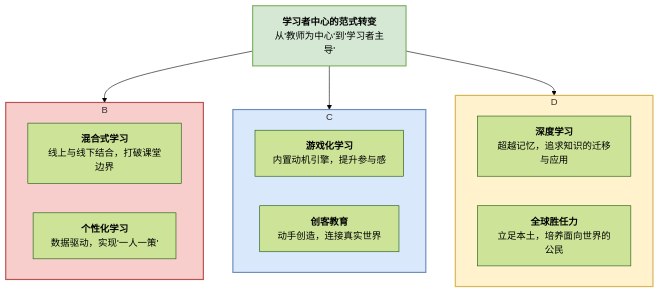
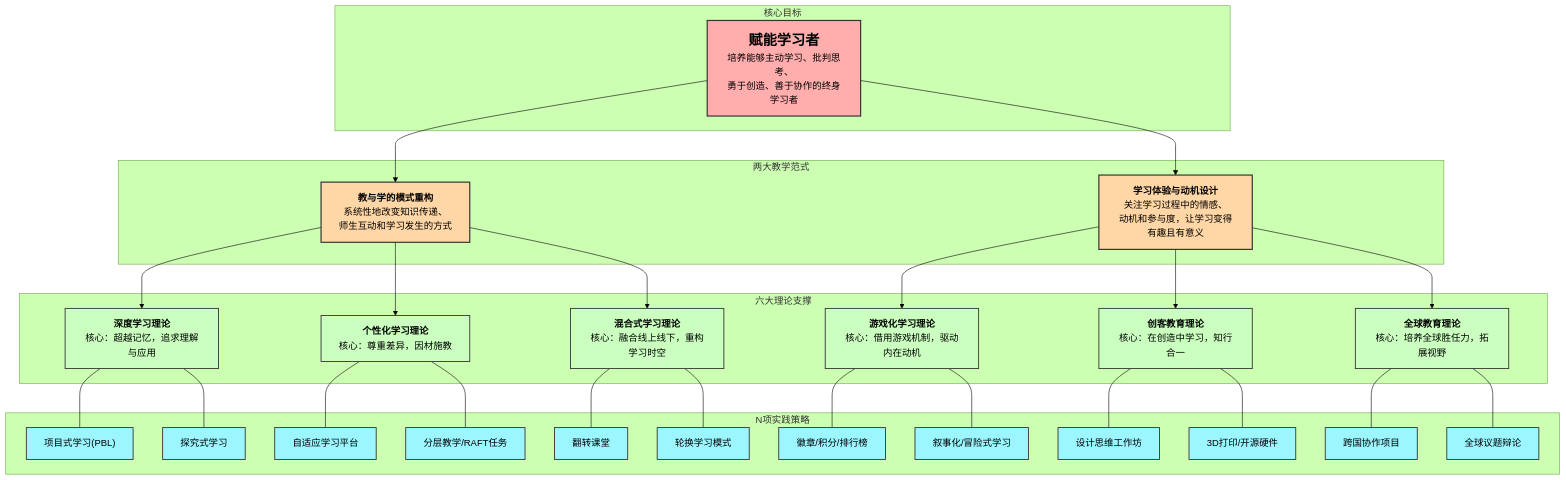
The diagram in 01-教育哲学与理论基础/01-06-创新教育学理论-知识图谱.md (adaliu888/PrimarySecondaryEducatio), drawn with Mermaid (forest theme) before and after one commit. The commit also changed other lines of this file and 61 other files, not shown here.

````diff
--- a/01-教育哲学与理论基础/01-06-创新教育学理论-知识图谱.md
+++ b/01-教育哲学与理论基础/01-06-创新教育学理论-知识图谱.md
@@ -15,26 +7,66 @@
 ```mermaid
 graph TD
-    A["<strong>学习者中心的范式转变</strong><br>从'教师为中心'到'学习者主导'"] --> B{"教学模式重构<br>(时空变革)"};
-    A --> C{"学习体验设计<br>(感受变革)"};
-    A --> D{"核心目标升级<br>(终点变革)"};
-
-    subgraph B
-        B1["<strong>混合式学习</strong><br>线上与线下结合，打破课堂边界"];
-        B2["<strong>个性化学习</strong><br>数据驱动，实现'一人一策'"];
+    subgraph CoreGoal [核心目标]
+        A["<font size=5><b>赋能学习者</b></font><br/>培养能够主动学习、批判思考、<br/>勇于创造、善于协作的终身学习者"]
     end
 
-    subgraph C
-        C1["<strong>游戏化学习</strong><br>内置动机引擎，提升参与感"];
-        C2["<strong>创客教育</strong><br>动手创造，连接真实世界"];
+    subgraph Paradigms [两大教学范式]
+        B["<b>教与学的模式重构</b><br/>系统性地改变知识传递、<br/>师生互动和学习发生的方式"]
+        C["<b>学习体验与动机设计</b><br/>关注学习过程中的情感、<br/>动机和参与度，让学习变得有趣且有意义"]
     end
 
-    subgraph D
-        D1["<strong>深度学习</strong><br>超越记忆，追求知识的迁移与应用"];
-        D2["<strong>全球胜任力</strong><br>立足本土，培养面向世界的公民"];
+    subgraph Theories [六大理论支撑]
+        T1["<b>深度学习理论</b><br/>核心：超越记忆，追求理解与应用"]
+        T2["<b>个性化学习理论</b><br/>核心：尊重差异，因材施教"]
+        T3["<b>混合式学习理论</b><br/>核心：融合线上线下，重构学习时空"]
+        T4["<b>游戏化学习理论</b><br/>核心：借用游戏机制，驱动内在动机"]
+        T5["<b>创客教育理论</b><br/>核心：在创造中学习，知行合一"]
+        T6["<b>全球教育理论</b><br/>核心：培养全球胜任力，拓展视野"]
     end
 
-    style A fill:#D5E8D4,stroke:#82B366,stroke-width:2px
-    style B fill:#F8CECC,stroke:#B85450,stroke-width:2px
-    style C fill:#DAE8FC,stroke:#6C8EBF,stroke-width:2px
-    style D fill:#FFF2CC,stroke:#D6B656,stroke-width:2px
+    subgraph Practices [N项实践策略]
+        P1["项目式学习(PBL)"]
+        P2["探究式学习"]
+        P3["自适应学习平台"]
+        P4["分层教学/RAFT任务"]
+        P5["翻转课堂"]
+        P6["轮换学习模式"]
+        P7["徽章/积分/排行榜"]
+        P8["叙事化/冒险式学习"]
+        P9["设计思维工作坊"]
+        P10["3D打印/开源硬件"]
+        P11["跨国协作项目"]
+        P12["全球议题辩论"]
+    end
+
+    %% 连接关系
+    A --> B
+    A --> C
+
+    B --> T1
+    B --> T2
+    B --> T3
+
+    C --> T4
+    C --> T5
+    C --> T6
+
+    T1 --- P1 & P2
+    T2 --- P3 & P4
+    T3 --- P5 & P6
+    T4 --- P7 & P8
+    T5 --- P9 & P10
+    T6 --- P11 & P12
+
+    %% 样式定义
+    classDef core fill:#ffadad,stroke:#333,stroke-width:2px;
+    classDef paradigm fill:#ffd6a5,stroke:#333,stroke-width:2px;
+    classDef theory fill:#caffbf,stroke:#333,stroke-width:1.5px;
+    classDef practice fill:#9bf6ff,stroke:#333,stroke-width:1.5px;
+
+    class A core;
+    class B,C paradigm;
+    class T1,T2,T3,T4,T5,T6 theory;
+    class P1,P2,P3,P4,P5,P6,P7,P8,P9,P10,P11,P12 practice;
+
 ```
````
